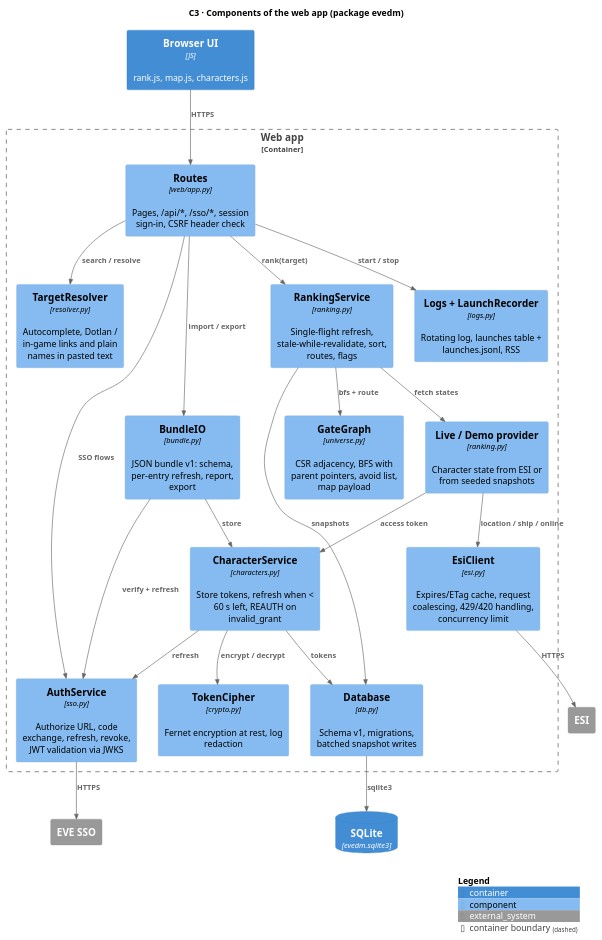
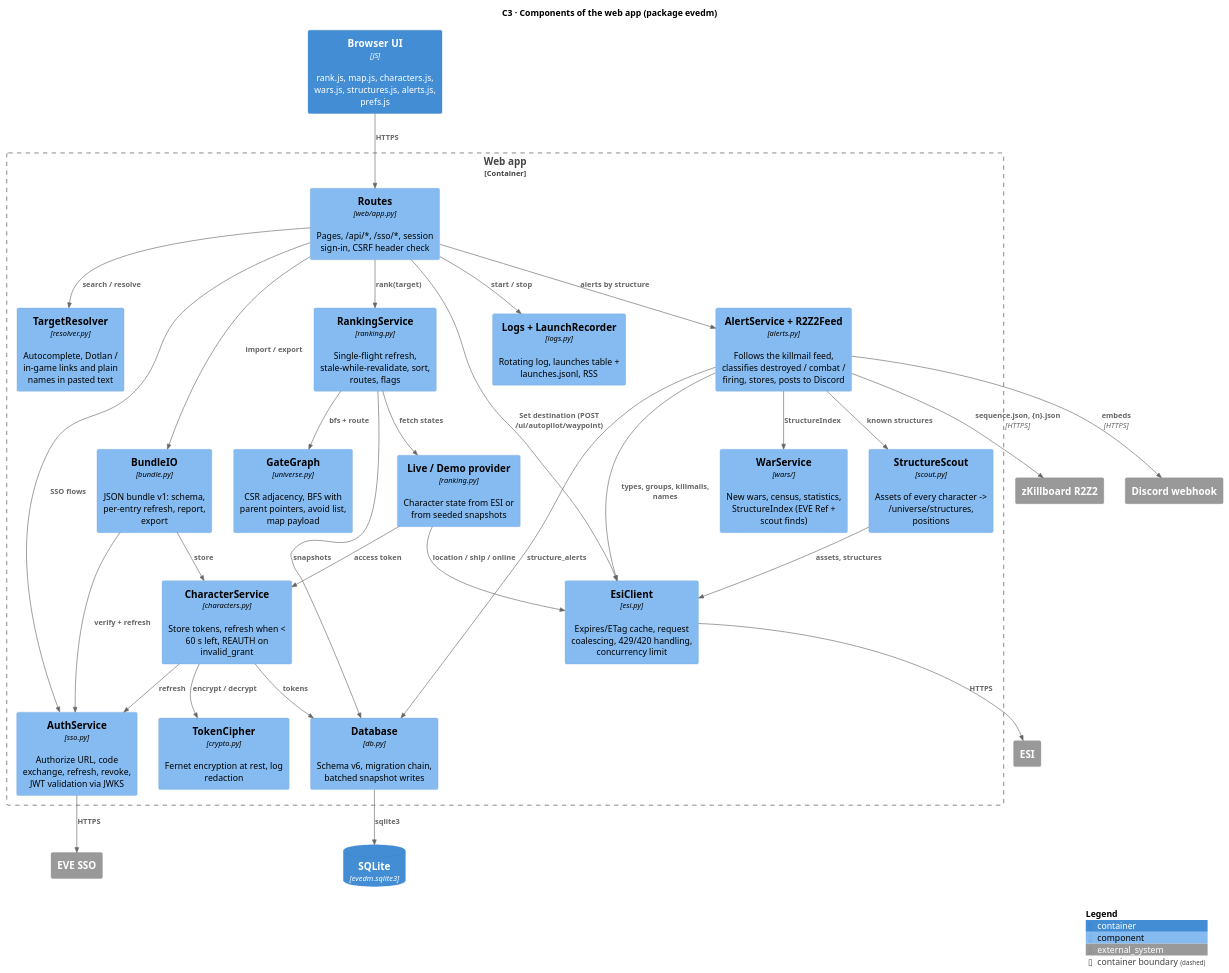
One commit to Headruner/war-bot-2 changed the diagram in docs/c4/03-c3-components.puml. Above: the diagram before and after it, drawn with PlantUML. The commit also changed 20 other files, not shown here.

First line of the commit message:
docs: document structure alerts

```diff
--- a/docs/c4/03-c3-components.puml
+++ b/docs/c4/03-c3-components.puml
@@ -1,46 +1,60 @@
 @startuml c3-components
 !include <C4/C4_Component>
 title C3 · Components of the web app (package evedm)
 LAYOUT_TOP_DOWN()
 
-Container(spa, "Browser UI", "JS", "rank.js, map.js, characters.js")
+Container(spa, "Browser UI", "JS", "rank.js, map.js, characters.js, wars.js, structures.js, alerts.js, prefs.js")
 ContainerDb(db, "SQLite", "evedm.sqlite3")
 System_Ext(sso, "EVE SSO")
 System_Ext(esi, "ESI")
+System_Ext(zkb, "zKillboard R2Z2")
+System_Ext(discord, "Discord webhook")
 
 Container_Boundary(web, "Web app") {
   Component(routes, "Routes", "web/app.py", "Pages, /api/*, /sso/*, session sign-in, CSRF header check")
   Component(resolver, "TargetResolver", "resolver.py", "Autocomplete, Dotlan / in-game links and plain names in pasted text")
   Component(ranking, "RankingService", "ranking.py", "Single-flight refresh, stale-while-revalidate, sort, routes, flags")
   Component(graph, "GateGraph", "universe.py", "CSR adjacency, BFS with parent pointers, avoid list, map payload")
   Component(provider, "Live / Demo provider", "ranking.py", "Character state from ESI or from seeded snapshots")
   Component(chars, "CharacterService", "characters.py", "Store tokens, refresh when < 60 s left, REAUTH on invalid_grant")
   Component(bundle, "BundleIO", "bundle.py", "JSON bundle v1: schema, per-entry refresh, report, export")
   Component(auth, "AuthService", "sso.py", "Authorize URL, code exchange, refresh, revoke, JWT validation via JWKS")
   Component(esiclient, "EsiClient", "esi.py", "Expires/ETag cache, request coalescing, 429/420 handling, concurrency limit")
   Component(cipher, "TokenCipher", "crypto.py", "Fernet encryption at rest, log redaction")
-  Component(store, "Database", "db.py", "Schema v1, migrations, batched snapshot writes")
+  Component(store, "Database", "db.py", "Schema v6, migration chain, batched snapshot writes")
   Component(launch, "Logs + LaunchRecorder", "logs.py", "Rotating log, launches table + launches.jsonl, RSS")
+  Component(wars, "WarService", "wars/", "New wars, census, statistics, StructureIndex (EVE Ref + scout finds)")
+  Component(scout, "StructureScout", "scout.py", "Assets of every character -> /universe/structures, positions")
+  Component(alerts, "AlertService + R2Z2Feed", "alerts.py", "Follows the killmail feed, classifies destroyed / combat / firing, stores, posts to Discord")
 }
 
 Rel(spa, routes, "HTTPS")
 Rel(routes, resolver, "search / resolve")
 Rel(routes, ranking, "rank(target)")
 Rel(routes, bundle, "import / export")
 Rel(routes, auth, "SSO flows")
 Rel(ranking, graph, "bfs + route")
 Rel(ranking, provider, "fetch states")
 Rel(provider, chars, "access token")
 Rel(provider, esiclient, "location / ship / online")
 Rel(chars, auth, "refresh")
 Rel(chars, cipher, "encrypt / decrypt")
 Rel(bundle, chars, "store")
 Rel(bundle, auth, "verify + refresh")
 Rel(chars, store, "tokens")
 Rel(ranking, store, "snapshots")
 Rel(store, db, "sqlite3")
 Rel(auth, sso, "HTTPS")
 Rel(esiclient, esi, "HTTPS")
 Rel(routes, launch, "start / stop")
+Rel(routes, alerts, "alerts by structure")
+Rel(routes, esiclient, "Set destination (POST /ui/autopilot/waypoint)")
+Rel(alerts, zkb, "sequence.json, {n}.json", "HTTPS")
+Rel(alerts, esiclient, "types, groups, killmails, names")
+Rel(alerts, scout, "known structures")
+Rel(alerts, wars, "StructureIndex")
+Rel(alerts, discord, "embeds", "HTTPS")
+Rel(scout, esiclient, "assets, structures")
+Rel(alerts, store, "structure_alerts")
 SHOW_LEGEND()
 @enduml
```
